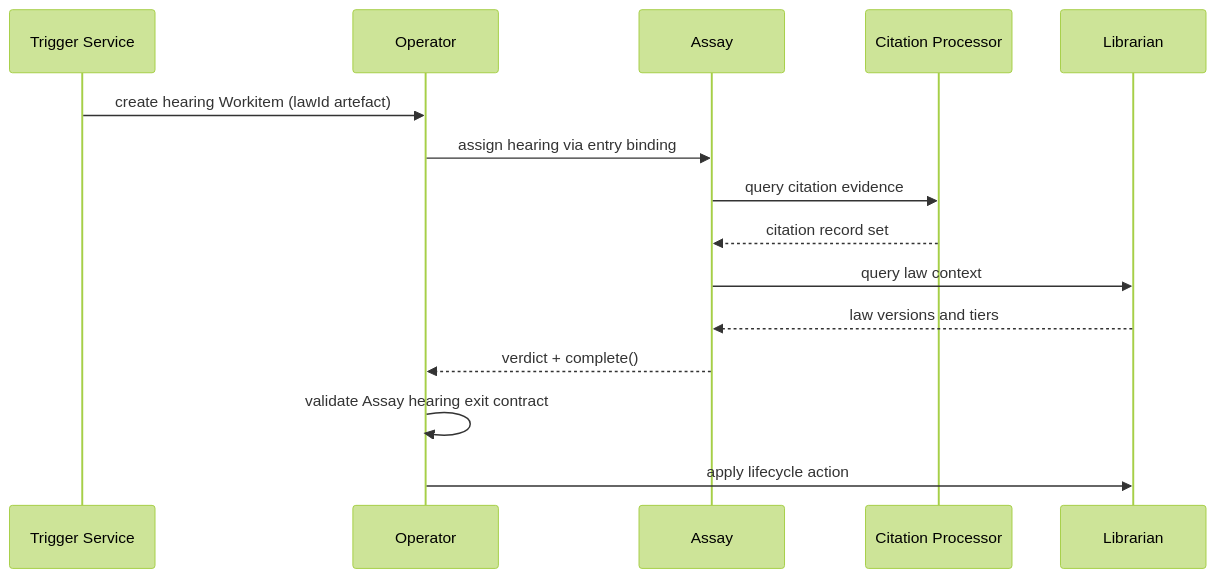
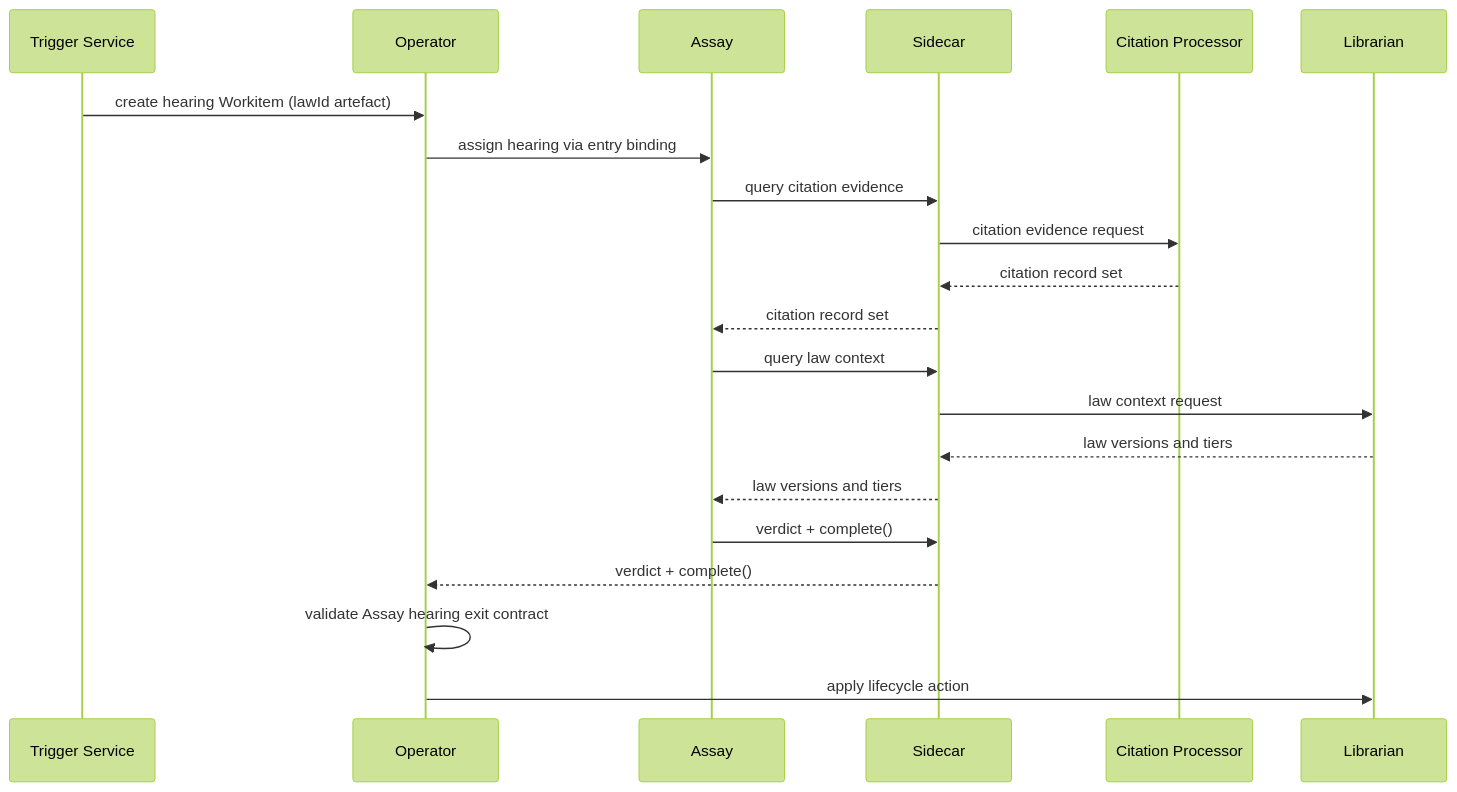
The fourth of 4 diagrams in 02-flow/04-system-services.md (really-knows-ai/gideas), drawn with Mermaid (forest theme) before and after one commit. The commit also changed other lines of this file and 13 other files, not shown here.

Commit message:
docs: introduce Flow Support Services concept, update related documentation, and clarify Codification Services role

````diff
--- a/02-flow/04-system-services.md
+++ b/02-flow/04-system-services.md
@@ -161,18 +222,24 @@
 ```mermaid
 sequenceDiagram
     participant TR as Trigger Service
     participant OP as Operator
     participant AS as Assay
+    participant SC as Sidecar
     participant CP as Citation Processor
     participant LB as Librarian
 
     TR->>OP: create hearing Workitem (lawId artefact)
     OP->>AS: assign hearing via entry binding
-    AS->>CP: query citation evidence
-    CP-->>AS: citation record set
-    AS->>LB: query law context
-    LB-->>AS: law versions and tiers
-    AS-->>OP: verdict + complete()
+    AS->>SC: query citation evidence
+    SC->>CP: citation evidence request
+    CP-->>SC: citation record set
+    SC-->>AS: citation record set
+    AS->>SC: query law context
+    SC->>LB: law context request
+    LB-->>SC: law versions and tiers
+    SC-->>AS: law versions and tiers
+    AS->>SC: verdict + complete()
+    SC-->>OP: verdict + complete()
     OP->>OP: validate Assay hearing exit contract
     OP->>LB: apply lifecycle action
 ```
````
